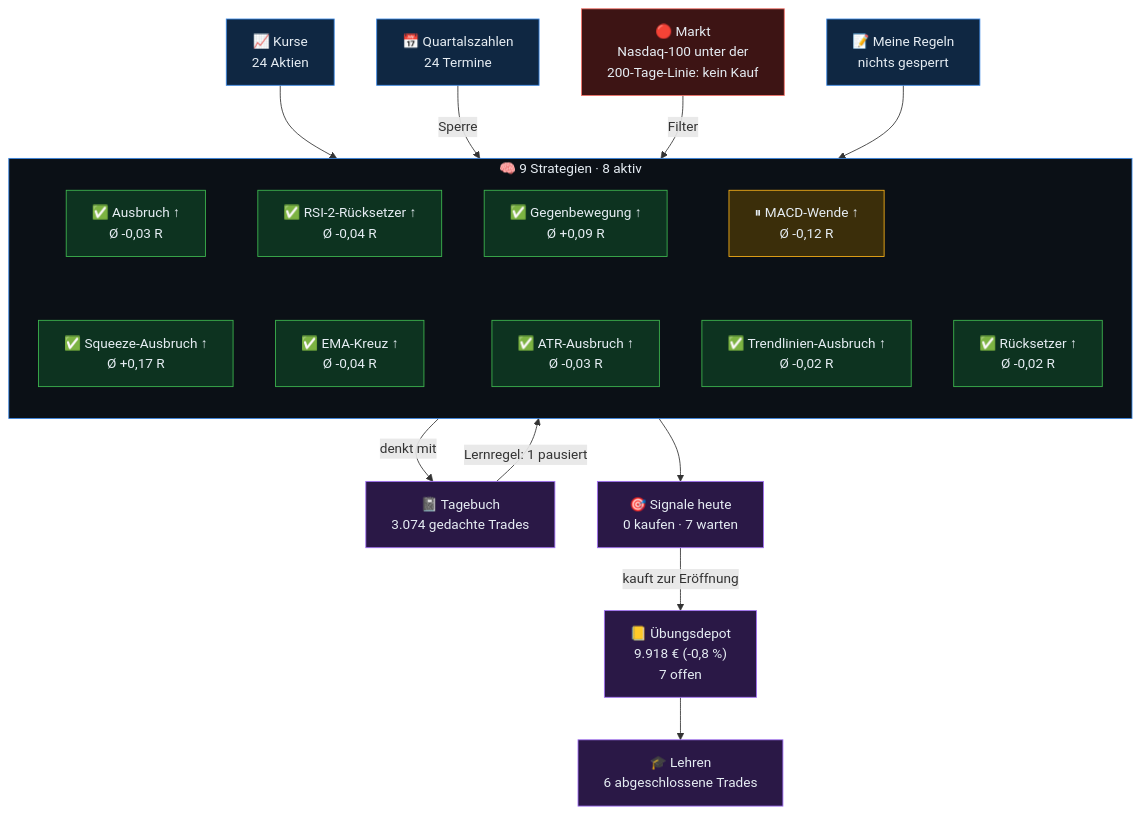
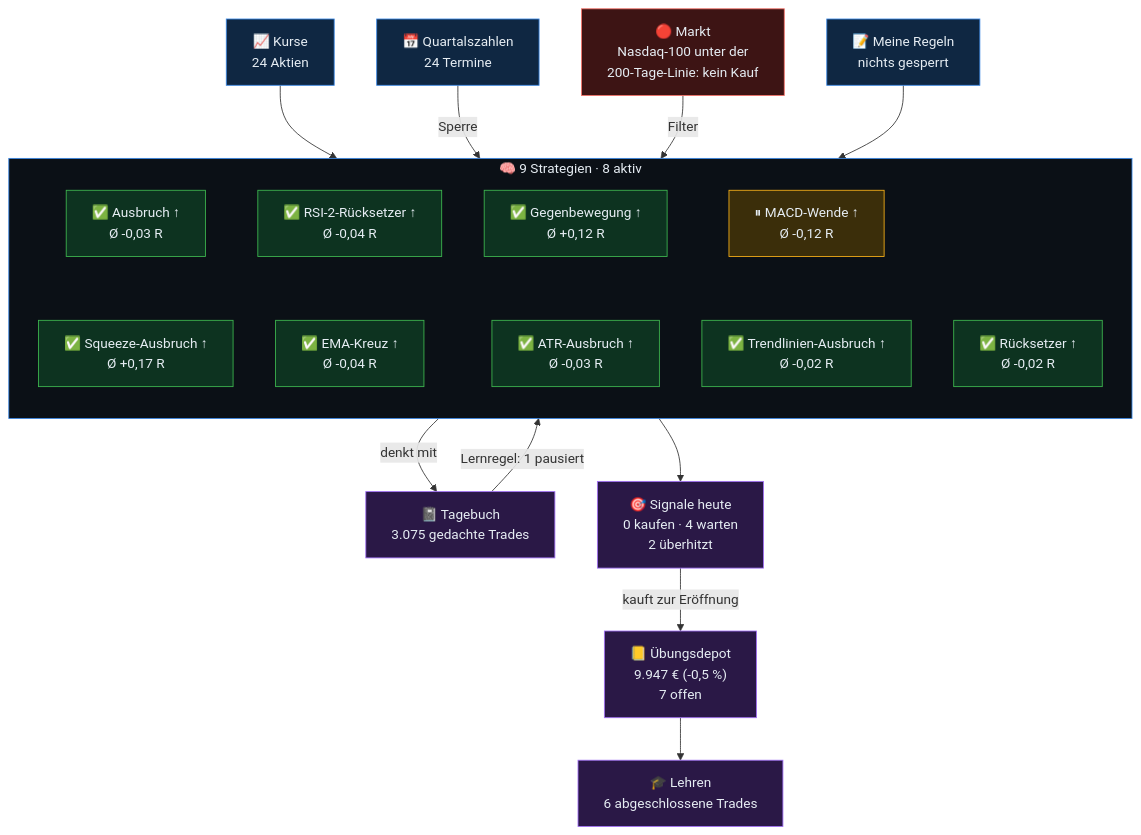
Before and after one commit to sickingmalte-arch/Test-Bot: the diagram in gehirn/Start.md, drawn with Mermaid. The commit also changed other lines of this file and 36 other files, not shown here.

````diff
--- a/gehirn/Start.md
+++ b/gehirn/Start.md
@@ -9,48 +9,48 @@
 ```mermaid
 flowchart TB
   kurse["📈 Kurse<br/>24 Aktien"]
   termine["📅 Quartalszahlen<br/>24 Termine"]
   markt["🔴 Markt<br/>Nasdaq-100 unter der<br/>200-Tage-Linie: kein Kauf"]
   regeln["📝 Meine Regeln<br/>nichts gesperrt"]
   subgraph KERN["🧠 9 Strategien · 8 aktiv"]
     direction TB
     s0["✅ Ausbruch ↑<br/>Ø -0,03 R"]
     s1["✅ RSI-2-Rücksetzer ↑<br/>Ø -0,04 R"]
-    s2["✅ Gegenbewegung ↑<br/>Ø +0,09 R"]
+    s2["✅ Gegenbewegung ↑<br/>Ø +0,12 R"]
     s3["⏸ MACD-Wende ↑<br/>Ø -0,12 R"]
     s4["✅ Rücksetzer ↑<br/>Ø -0,02 R"]
     s5["✅ Squeeze-Ausbruch ↑<br/>Ø +0,17 R"]
     s6["✅ EMA-Kreuz ↑<br/>Ø -0,04 R"]
     s7["✅ ATR-Ausbruch ↑<br/>Ø -0,03 R"]
     s8["✅ Trendlinien-Ausbruch ↑<br/>Ø -0,02 R"]
     s0 ~~~ s5
     s1 ~~~ s6
     s2 ~~~ s7
     s3 ~~~ s8
   end
-  tb["📓 Tagebuch<br/>3.074 gedachte Trades"]
-  sig["🎯 Signale heute<br/>0 kaufen · 7 warten"]
-  depot["📒 Übungsdepot<br/>9.918 € (-0,8 %)<br/>7 offen"]
+  tb["📓 Tagebuch<br/>3.075 gedachte Trades"]
+  sig["🎯 Signale heute<br/>0 kaufen · 4 warten<br/>2 überhitzt"]
+  depot["📒 Übungsdepot<br/>9.947 € (-0,5 %)<br/>7 offen"]
   lehren["🎓 Lehren<br/>6 abgeschlossene Trades"]
   kurse --> KERN
   termine -->|Sperre| KERN
   markt -->|Filter| KERN
   regeln --> KERN
   KERN -->|denkt mit| tb
   tb -->|Lernregel: 1 pausiert| KERN
   KERN --> sig
   sig -->|kauft zur Eröffnung| depot
   depot --> lehren
   classDef ein fill:#0f2742,stroke:#3987e5,color:#e6edf3
   classDef rot fill:#3d1414,stroke:#f47067,color:#e6edf3
   classDef aktiv fill:#0d3320,stroke:#3fb950,color:#e6edf3
   classDef pausiert fill:#3b2e0a,stroke:#fab219,color:#e6edf3
   classDef aus fill:#22272e,stroke:#6e7681,color:#9ba7b4
   classDef aus2 fill:#2a1846,stroke:#a371f7,color:#e6edf3
   class kurse,termine,regeln ein
   class markt rot
   class tb,sig,depot,lehren aus2
   class s0,s1,s2,s4,s5,s6,s7,s8 aktiv
   class s3 pausiert
   style KERN fill:#0b1016,stroke:#3987e5,color:#e6edf3
 ```
````
